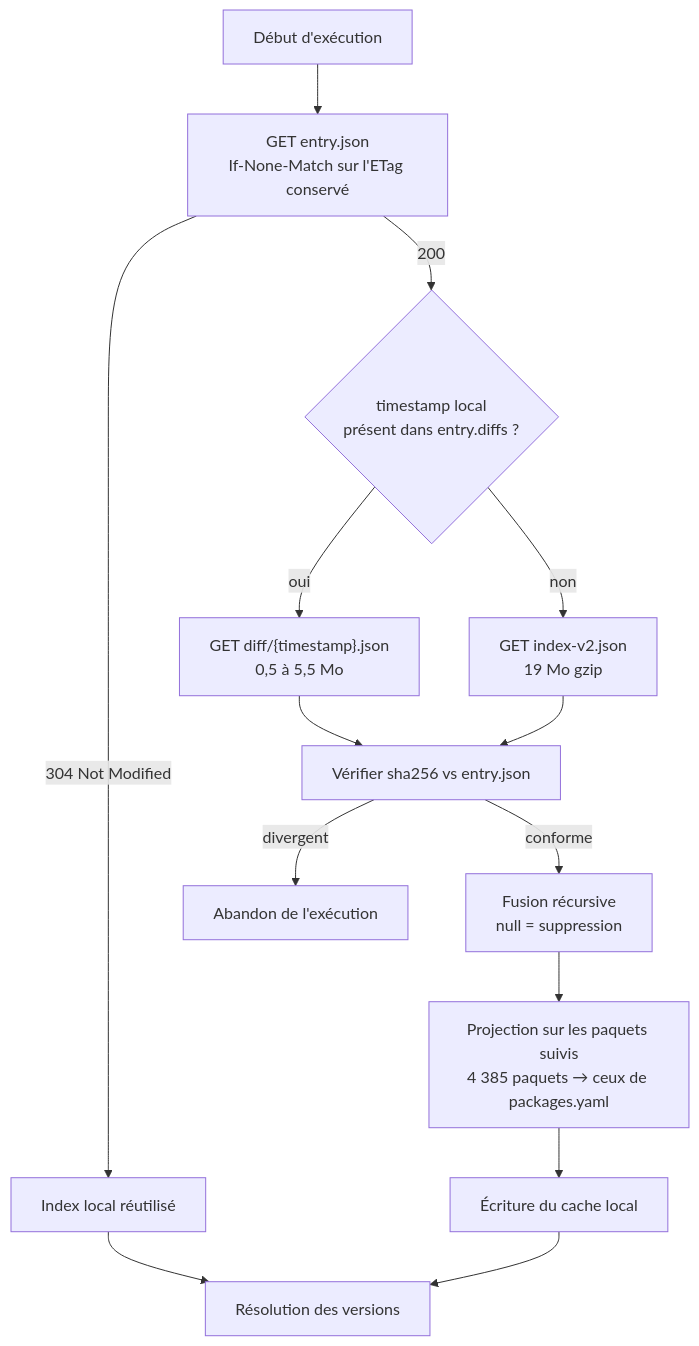
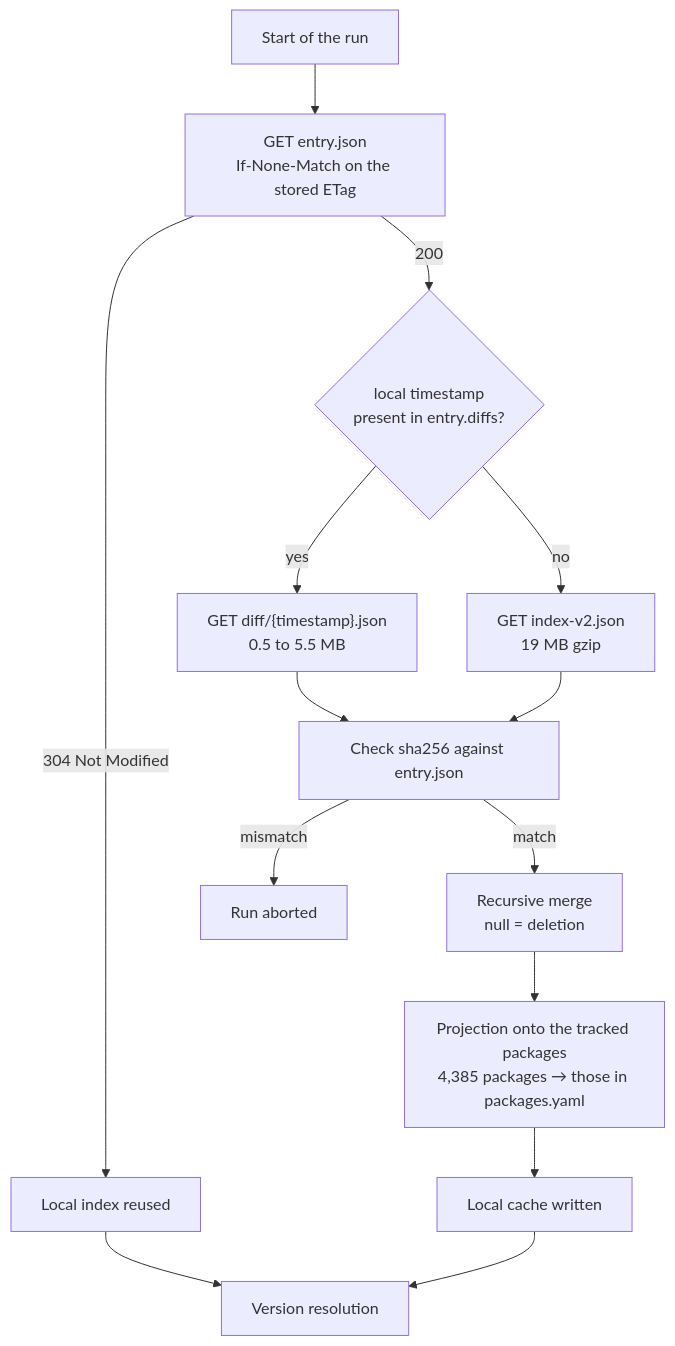
One commit to Sarcouy/fdroid-headwind-mirror changed the first of 2 diagrams in docs/iteration-2.md. Above: the diagram before and after it, drawn with Mermaid. The commit also changed other lines of this file and 8 other files, not shown here.

````diff
--- a/docs/iteration-2.md
+++ b/docs/iteration-2.md
@@ -103,16 +102,16 @@
 ```mermaid
 flowchart TD
-    START["Début d'exécution"] --> ENTRY["GET entry.json<br/>If-None-Match sur l'ETag conservé"]
-    ENTRY -->|304 Not Modified| SKIP["Index local réutilisé"]
-    ENTRY -->|200| TS{"timestamp local<br/>présent dans entry.diffs ?"}
-    TS -->|oui| DIFF["GET diff/{timestamp}.json<br/>0,5 à 5,5 Mo"]
-    TS -->|non| FULL["GET index-v2.json<br/>19 Mo gzip"]
-    DIFF --> VERIFY["Vérifier sha256 vs entry.json"]
+    START["Start of the run"] --> ENTRY["GET entry.json<br/>If-None-Match on the stored ETag"]
+    ENTRY -->|304 Not Modified| SKIP["Local index reused"]
+    ENTRY -->|200| TS{"local timestamp<br/>present in entry.diffs?"}
+    TS -->|yes| DIFF["GET diff/{timestamp}.json<br/>0.5 to 5.5 MB"]
+    TS -->|no| FULL["GET index-v2.json<br/>19 MB gzip"]
+    DIFF --> VERIFY["Check sha256 against entry.json"]
     FULL --> VERIFY
-    VERIFY -->|divergent| ABORT["Abandon de l'exécution"]
-    VERIFY -->|conforme| MERGE["Fusion récursive<br/>null = suppression"]
-    MERGE --> PROJ["Projection sur les paquets suivis<br/>4 385 paquets → ceux de packages.yaml"]
-    PROJ --> CACHE["Écriture du cache local"]
-    SKIP --> RESOLVE["Résolution des versions"]
+    VERIFY -->|mismatch| ABORT["Run aborted"]
+    VERIFY -->|match| MERGE["Recursive merge<br/>null = deletion"]
+    MERGE --> PROJ["Projection onto the tracked packages<br/>4,385 packages → those in packages.yaml"]
+    PROJ --> CACHE["Local cache written"]
+    SKIP --> RESOLVE["Version resolution"]
     CACHE --> RESOLVE
 ```
````
